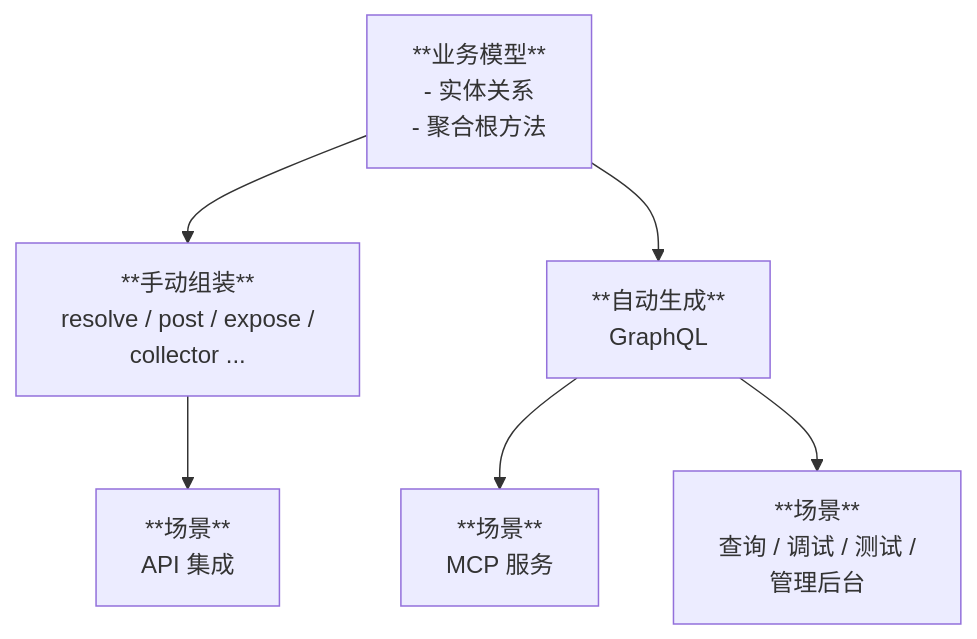
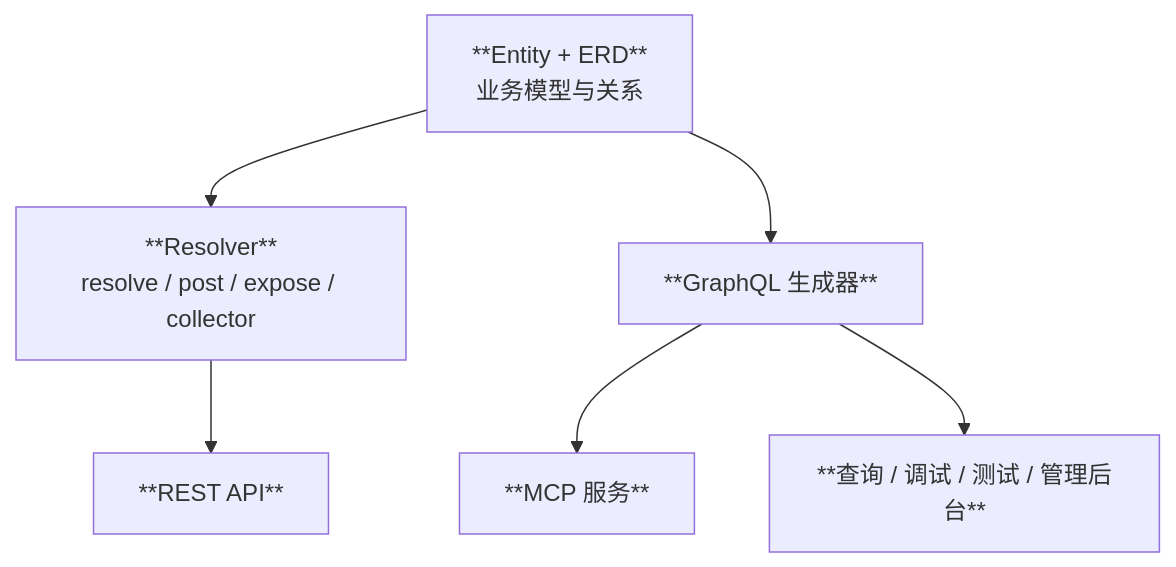
Before and after one commit to allmonday/pydantic-resolve: the second of 2 diagrams in README.zh.md, drawn with Mermaid. The commit also changed other lines of this file and 31 other files, not shown here.

````diff
--- a/README.zh.md
+++ b/README.zh.md
@@ -17,15 +86,15 @@
 ```mermaid
 flowchart TB
-    business["**业务模型**<br/>- 实体关系<br/>- 聚合根方法"]
-    manual["**手动组装**<br/>resolve / post / expose /<br/>collector ..."]
-    graphql["**自动生成**<br/>GraphQL"]
-    api["**场景**<br/>API 集成"]
-    mcp["**场景**<br/>MCP 服务"]
-    ops["**场景**<br/>查询 / 调试 / 测试 /<br/>管理后台"]
+    entity["**Entity + ERD**<br/>业务模型与关系"]
+    resolve["**Resolver**<br/>resolve / post / expose / collector"]
+    graphql["**GraphQL 生成器**"]
+    api["**REST API**"]
+    mcp["**MCP 服务**"]
+    ops["**查询 / 调试 / 测试 / 管理后台**"]
 
-    business --> manual
-    business --> graphql
-    manual --> api
+    entity --> resolve
+    entity --> graphql
+    resolve --> api
     graphql --> mcp
     graphql --> ops
 ```
````
